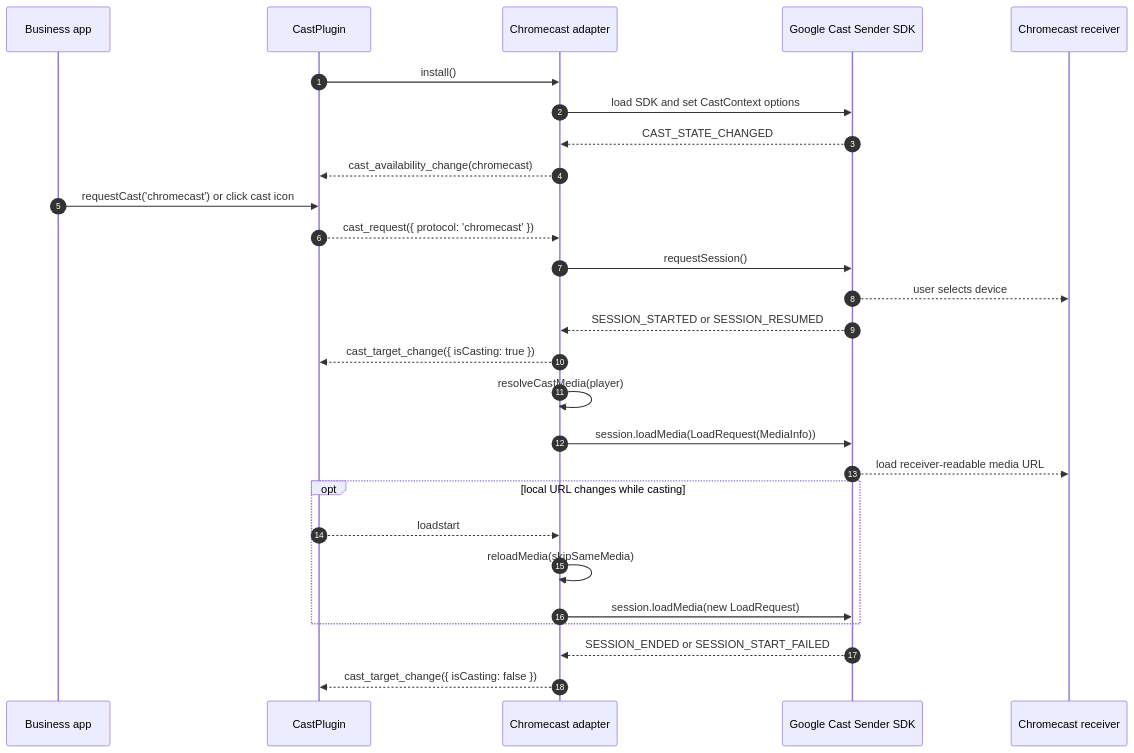
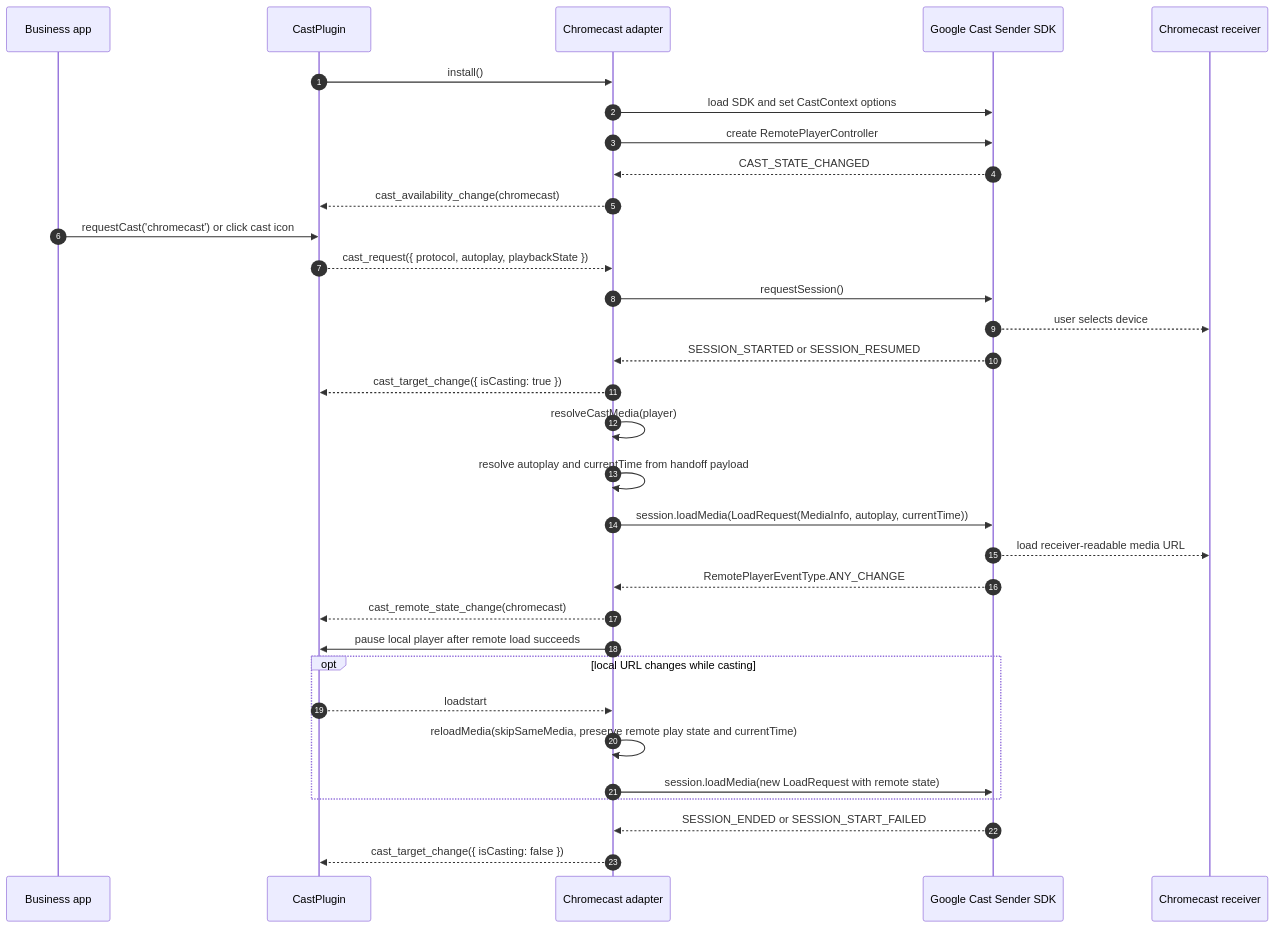
Before and after one commit to bytedance/xgplayer: the first of 2 diagrams in packages/xgplayer-cast/README.md, drawn with Mermaid. The commit also changed other lines of this file and 11 other files, not shown here.

Commit message:
feat(cast): preserve playback handoff state

````diff
--- a/packages/xgplayer-cast/README.md
+++ b/packages/xgplayer-cast/README.md
@@ -86,33 +100,38 @@
 ```mermaid
 sequenceDiagram
   autonumber
   participant App as Business app
   participant Plugin as CastPlugin
   participant Chromecast as Chromecast adapter
   participant CAF as Google Cast Sender SDK
   participant Receiver as Chromecast receiver
 
   Plugin->>Chromecast: install()
   Chromecast->>CAF: load SDK and set CastContext options
+  Chromecast->>CAF: create RemotePlayerController
   CAF-->>Chromecast: CAST_STATE_CHANGED
   Chromecast-->>Plugin: cast_availability_change(chromecast)
 
   App->>Plugin: requestCast('chromecast') or click cast icon
-  Plugin-->>Chromecast: cast_request({ protocol: 'chromecast' })
+  Plugin-->>Chromecast: cast_request({ protocol, autoplay, playbackState })
   Chromecast->>CAF: requestSession()
   CAF-->>Receiver: user selects device
   CAF-->>Chromecast: SESSION_STARTED or SESSION_RESUMED
   Chromecast-->>Plugin: cast_target_change({ isCasting: true })
   Chromecast->>Chromecast: resolveCastMedia(player)
-  Chromecast->>CAF: session.loadMedia(LoadRequest(MediaInfo))
+  Chromecast->>Chromecast: resolve autoplay and currentTime from handoff payload
+  Chromecast->>CAF: session.loadMedia(LoadRequest(MediaInfo, autoplay, currentTime))
   CAF-->>Receiver: load receiver-readable media URL
+  CAF-->>Chromecast: RemotePlayerEventType.ANY_CHANGE
+  Chromecast-->>Plugin: cast_remote_state_change(chromecast)
+  Chromecast->>Plugin: pause local player after remote load succeeds
 
   opt local URL changes while casting
     Plugin-->>Chromecast: loadstart
-    Chromecast->>Chromecast: reloadMedia(skipSameMedia)
-    Chromecast->>CAF: session.loadMedia(new LoadRequest)
+    Chromecast->>Chromecast: reloadMedia(skipSameMedia, preserve remote play state and currentTime)
+    Chromecast->>CAF: session.loadMedia(new LoadRequest with remote state)
   end
 
   CAF-->>Chromecast: SESSION_ENDED or SESSION_START_FAILED
   Chromecast-->>Plugin: cast_target_change({ isCasting: false })
 ```
````
